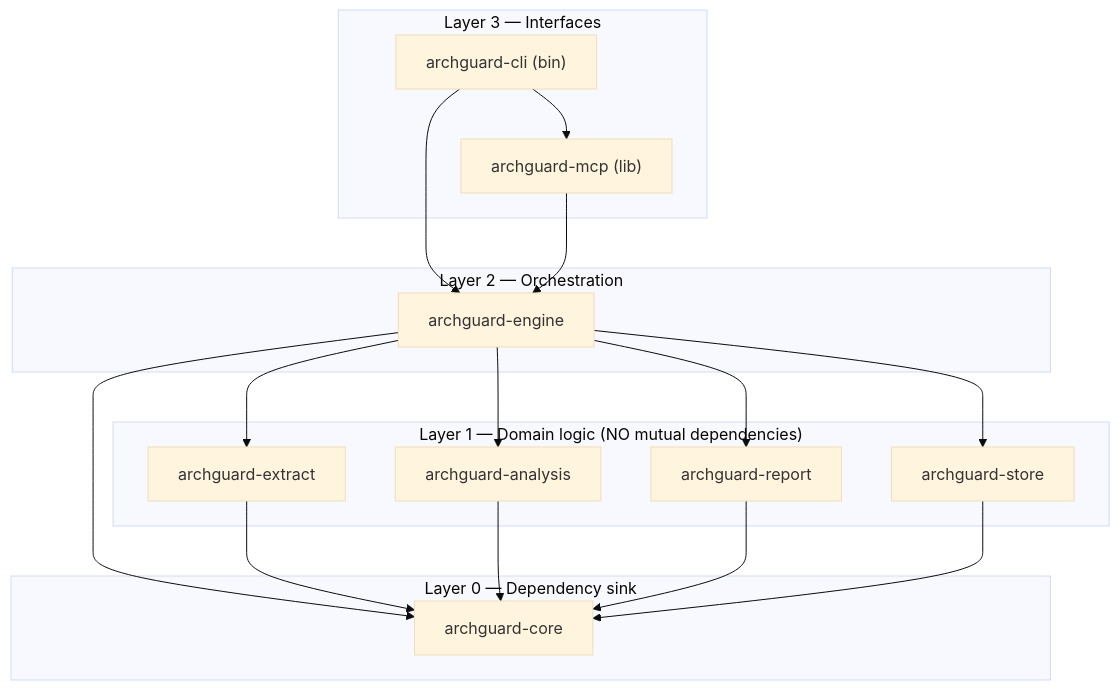
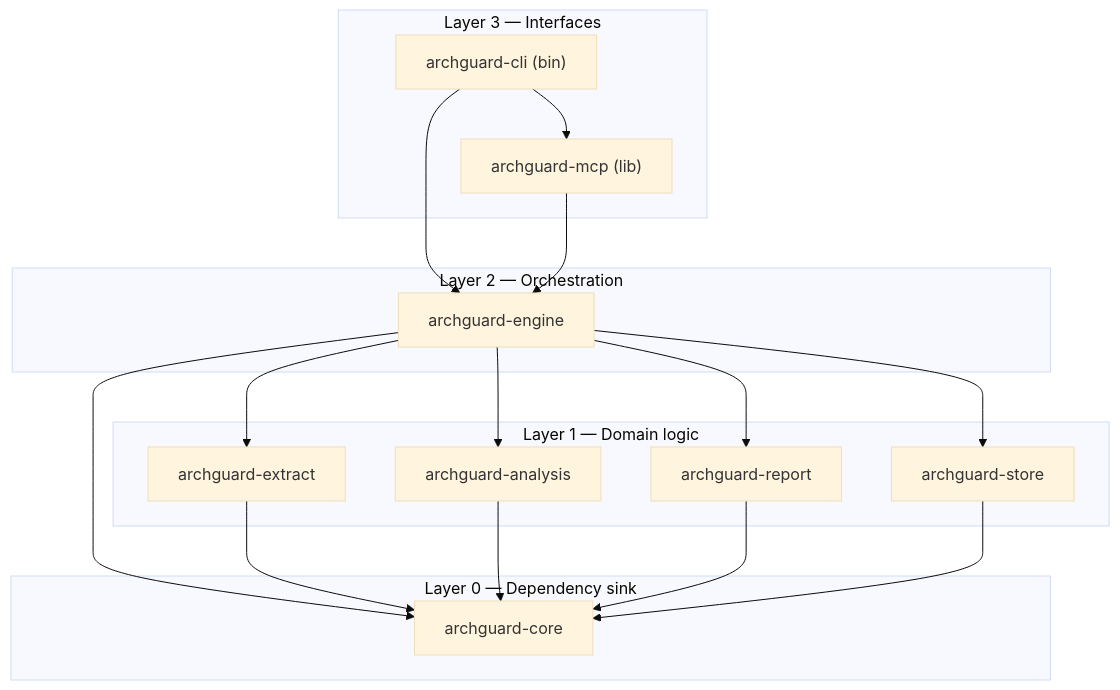
Before and after one commit to svenhartmann/ArchGuard: the second of 2 diagrams in ARCHITECTURE.md, drawn with Mermaid (base theme). The commit also changed other lines of this file and 1 other file, not shown here.

Commit message:
docs: describe the architecture by its implemented behaviour

````diff
--- a/ARCHITECTURE.md
+++ b/ARCHITECTURE.md
@@ -72,32 +71,32 @@
 ```mermaid
 graph TD
     subgraph L3["Layer 3 — Interfaces"]
         CLI["archguard-cli (bin)"]
         MCP["archguard-mcp (lib)"]
     end
     subgraph L2["Layer 2 — Orchestration"]
         ENG["archguard-engine"]
     end
-    subgraph L1["Layer 1 — Domain logic (NO mutual dependencies)"]
+    subgraph L1["Layer 1 — Domain logic"]
         EXT["archguard-extract"]
         ANA["archguard-analysis"]
         REP["archguard-report"]
         STO["archguard-store"]
     end
     subgraph L0["Layer 0 — Dependency sink"]
         CORE["archguard-core"]
     end
 
     CLI --> MCP
     CLI --> ENG
     MCP --> ENG
     ENG --> EXT
     ENG --> ANA
     ENG --> REP
     ENG --> STO
     ENG --> CORE
     EXT --> CORE
     ANA --> CORE
     REP --> CORE
     STO --> CORE
 ```
````
